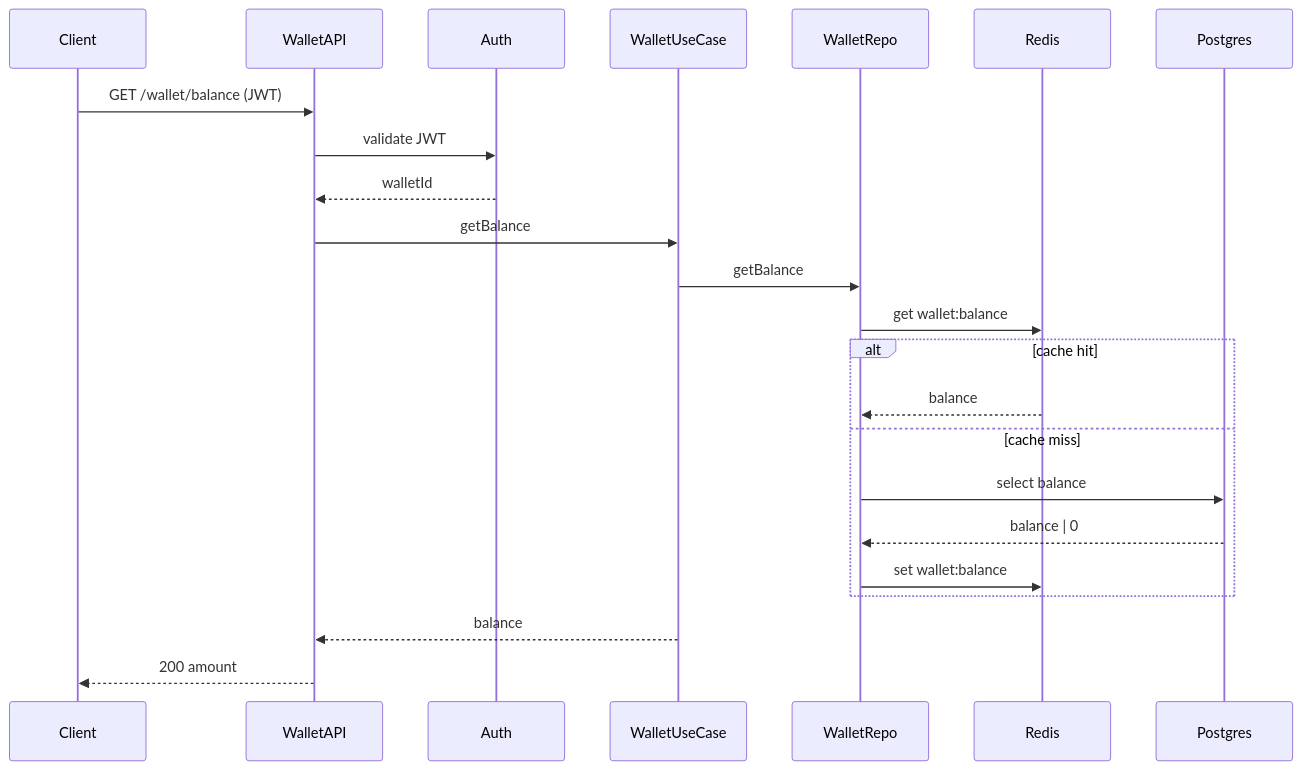
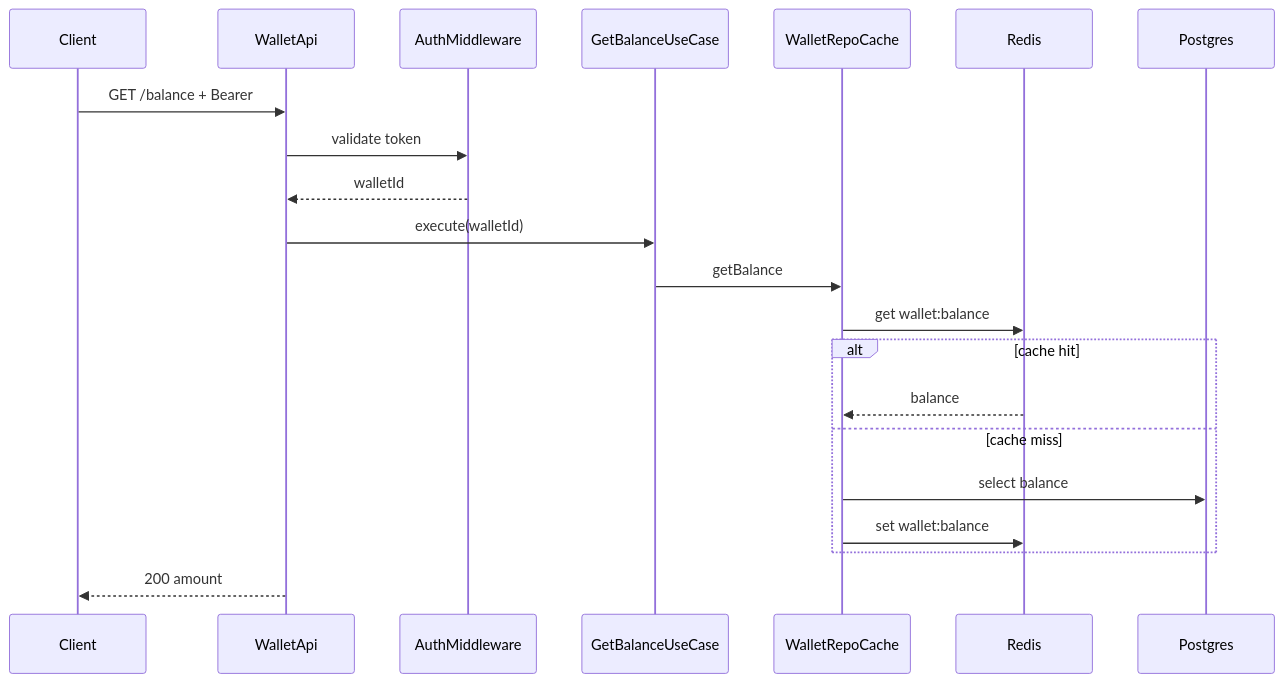
Before and after one commit to rodrigocardosodev/ilia-nodejs-challenge: the fifth of 7 diagrams in README.md, drawn with Mermaid. The commit also changed other lines of this file, not shown here.

Commit message:
docs: update README to include detailed API endpoints, rate limiting information, and observability setup with Prometheus and Grafana

````diff
--- a/README.md
+++ b/README.md
@@ -274,26 +356,24 @@
 ```mermaid
 sequenceDiagram
     participant Client
-    participant WalletAPI
-    participant Auth
-    participant WalletUseCase
-    participant WalletRepo
+    participant WalletApi
+    participant AuthMiddleware
+    participant GetBalanceUseCase
+    participant WalletRepoCache
     participant Redis
     participant Postgres
 
-    Client->>WalletAPI: GET /wallet/balance (JWT)
-    WalletAPI->>Auth: validate JWT
-    Auth-->>WalletAPI: walletId
-    WalletAPI->>WalletUseCase: getBalance
-    WalletUseCase->>WalletRepo: getBalance
-    WalletRepo->>Redis: get wallet:balance
+    Client->>WalletApi: GET /balance + Bearer
+    WalletApi->>AuthMiddleware: validate token
+    AuthMiddleware-->>WalletApi: walletId
+    WalletApi->>GetBalanceUseCase: execute(walletId)
+    GetBalanceUseCase->>WalletRepoCache: getBalance
+    WalletRepoCache->>Redis: get wallet:balance
     alt cache hit
-        Redis-->>WalletRepo: balance
+        Redis-->>WalletRepoCache: balance
     else cache miss
-        WalletRepo->>Postgres: select balance
-        Postgres-->>WalletRepo: balance | 0
-        WalletRepo->>Redis: set wallet:balance
+        WalletRepoCache->>Postgres: select balance
+        WalletRepoCache->>Redis: set wallet:balance
     end
-    WalletUseCase-->>WalletAPI: balance
-    WalletAPI-->>Client: 200 amount
+    WalletApi-->>Client: 200 amount
 ```
````
